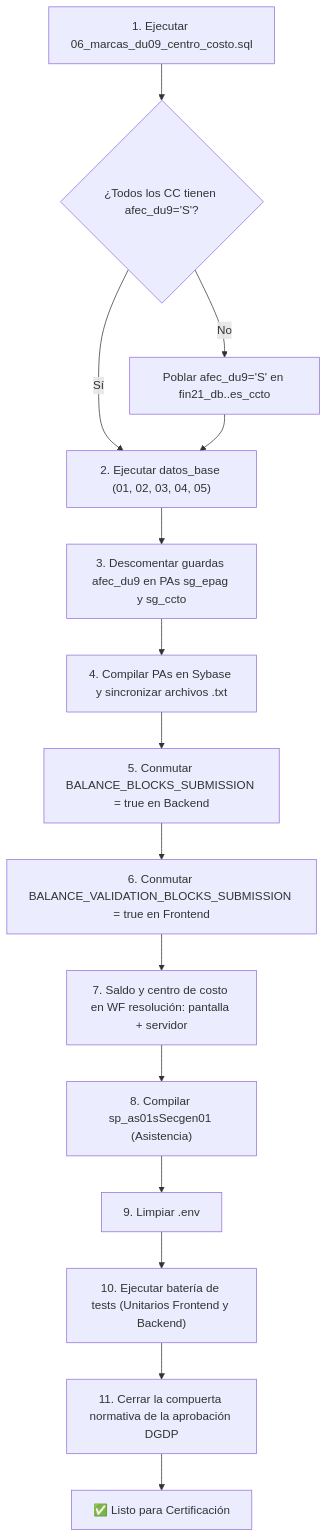
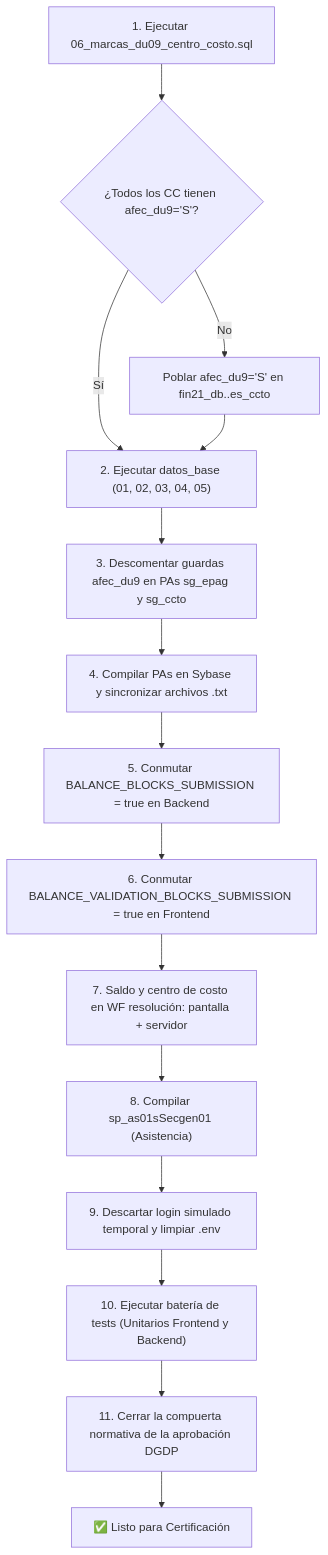
Before and after one commit to estebanlizama/template_wf_pagos: the diagram in checklist_validaciones_y_paso_a_certificacion.md, drawn with Mermaid. The commit also changed other lines of this file and 6 other files, not shown here.

````diff
--- a/checklist_validaciones_y_paso_a_certificacion.md
+++ b/checklist_validaciones_y_paso_a_certificacion.md
@@ -187,17 +189,17 @@
 ```mermaid
 flowchart TD
     A["1. Ejecutar 06_marcas_du09_centro_costo.sql"] --> B{"¿Todos los CC tienen afec_du9='S'?"}
     B -- No --> C["Poblar afec_du9='S' en fin21_db..es_ccto"]
     B -- Sí --> D["2. Ejecutar datos_base (01, 02, 03, 04, 05)"]
     C --> D
     D --> E["3. Descomentar guardas afec_du9 en PAs sg_epag y sg_ccto"]
     E --> F["4. Compilar PAs en Sybase y sincronizar archivos .txt"]
     F --> G["5. Conmutar BALANCE_BLOCKS_SUBMISSION = true en Backend"]
     G --> H["6. Conmutar BALANCE_VALIDATION_BLOCKS_SUBMISSION = true en Frontend"]
     H --> R["7. Saldo y centro de costo en WF resolución: pantalla + servidor"]
     R --> I["8. Compilar sp_as01sSecgen01 (Asistencia)"]
-    I --> J["9. Limpiar .env"]
+    I --> J["9. Descartar login simulado temporal y limpiar .env"]
     J --> K["10. Ejecutar batería de tests (Unitarios Frontend y Backend)"]
     K --> M["11. Cerrar la compuerta normativa de la aprobación DGDP"]
     M --> L["✅ Listo para Certificación"]
 ```
````
